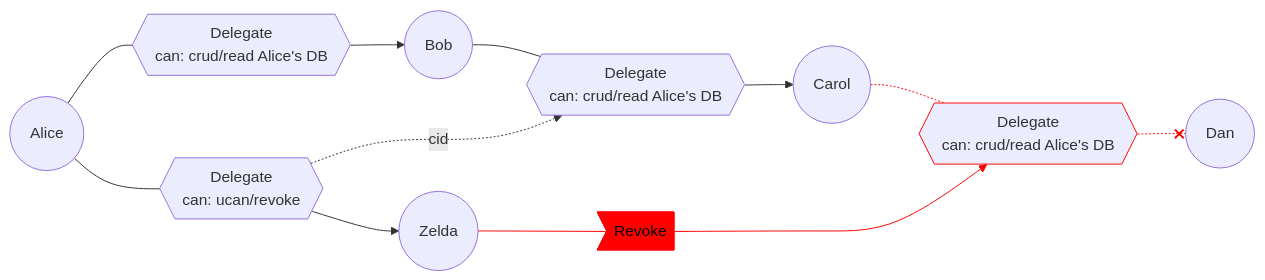
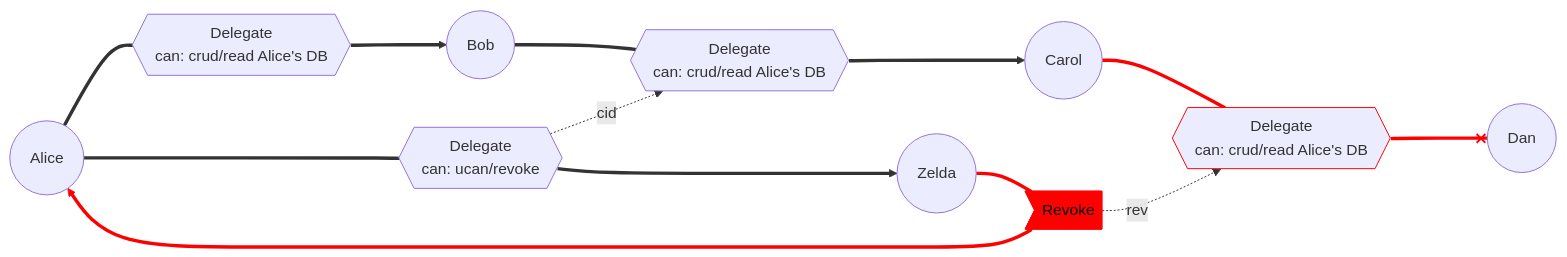
Before and after one commit to ucan-wg/revocation: the fourth of 5 diagrams in README.md, drawn with Mermaid. The commit also changed other lines of this file, not shown here.

Commit message:
Fix rendeing bugs

````diff
--- a/README.md
+++ b/README.md
@@ -239,29 +240,30 @@
 ``` mermaid
 flowchart LR
     Alice((&nbsp&nbsp&nbspAlice&nbsp&nbsp&nbsp))
     Bob((&nbsp&nbsp&nbspBob&nbsp&nbsp&nbsp))
     Carol((&nbsp&nbsp&nbspCarol&nbsp&nbsp&nbsp))
     Dan((&nbsp&nbsp&nbspDan&nbsp&nbsp&nbsp))
     Zelda((&nbsp&nbsp&nbspZelda&nbsp&nbsp&nbsp))
 
     del1{{Delegate\ncan: crud/read Alice's DB}}
     del2{{Delegate\ncan: crud/read Alice's DB}}
     del3{{Delegate\ncan: crud/read Alice's DB}}:::Revoked
 
     delRev{{Delegate\ncan: ucan/revoke}}
 
-    Alice --- del1 --> Bob --- del2 --> Carol -.- del3 -.-x Dan
-    Alice --- delRev --> Zelda
+    Alice === del1 ==> Bob === del2 ===> Carol === del3 ===x Dan
+    Alice === delRev ===> Zelda
     delRev -.->|cid| del2
 
     rev>Revoke]
-    Zelda --- rev:::Invocation ---> del3
+    Zelda === rev:::Invocation ===> Alice
+    rev:::Invocation -.->|rev| del3
 
     classDef Revoked stroke:#F00;
     classDef Invocation stroke:#F00,fill:#F00,color:#000;
 
     linkStyle 4 stroke:red
     linkStyle 5 stroke:red
     linkStyle 9 stroke:red
     linkStyle 10 stroke:red
 ```
````
